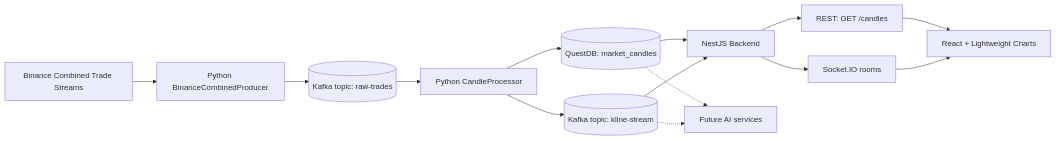
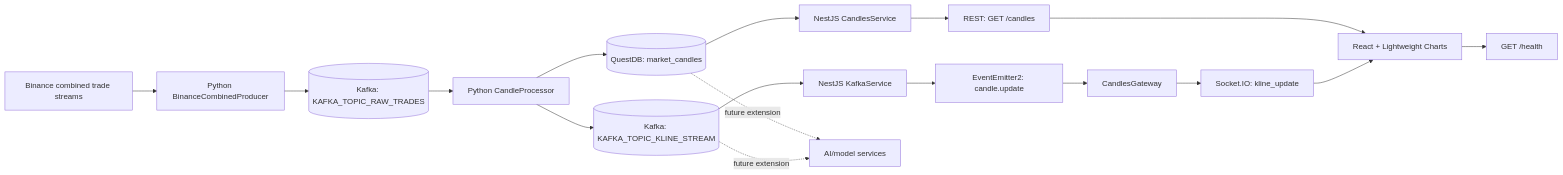
Before and after one commit to Zane-Theodore/NexTick: the first of 3 diagrams in docs/architecture.md, drawn with Mermaid. The commit also changed other lines of this file and 6 other files, not shown here.

````diff
--- a/docs/architecture.md
+++ b/docs/architecture.md
@@ -7,17 +9,22 @@
 ```mermaid
 flowchart LR
-  binance["Binance Combined Trade Streams"] --> producer["Python BinanceCombinedProducer"]
-  producer --> raw[("Kafka topic: raw-trades")]
+  binance["Binance combined trade streams"] --> producer["Python BinanceCombinedProducer"]
+  producer --> raw[("Kafka: KAFKA_TOPIC_RAW_TRADES")]
   raw --> processor["Python CandleProcessor"]
-  processor --> kline[("Kafka topic: kline-stream")]
   processor --> questdb[("QuestDB: market_candles")]
-  questdb --> backend["NestJS Backend"]
-  kline --> backend
-  backend --> rest["REST: GET /candles"]
-  backend --> socket["Socket.IO rooms"]
+  processor --> kline[("Kafka: KAFKA_TOPIC_KLINE_STREAM")]
+
+  questdb --> candlesApi["NestJS CandlesService"]
+  candlesApi --> rest["REST: GET /candles"]
+  kline --> kafkaSvc["NestJS KafkaService"]
+  kafkaSvc --> eventBus["EventEmitter2: candle.update"]
+  eventBus --> gateway["CandlesGateway"]
+  gateway --> socket["Socket.IO: kline_update"]
+
   rest --> frontend["React + Lightweight Charts"]
   socket --> frontend
+  frontend --> health["GET /health"]
 
-  questdb -.-> ai["Future AI services"]
-  kline -.-> ai
+  questdb -. future extension .-> ai["AI/model services"]
+  kline -. future extension .-> ai
 ```
````
